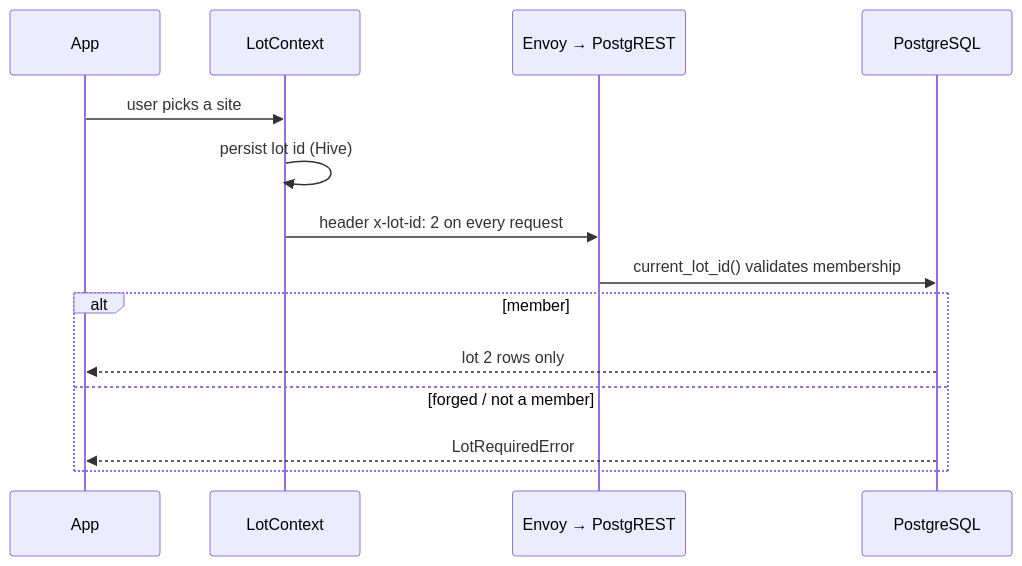
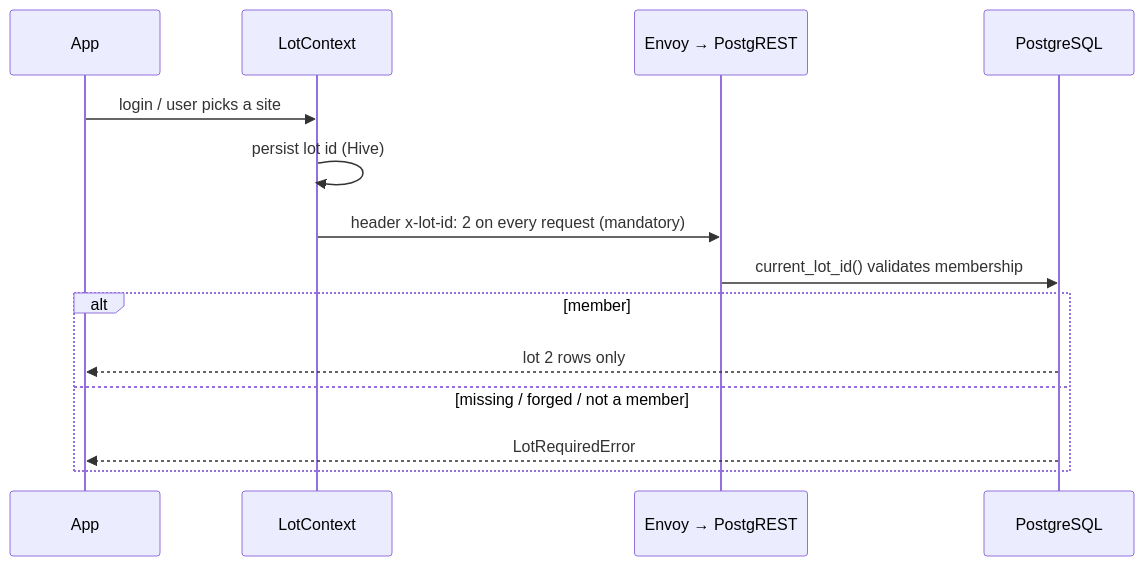
One commit to paulmrg-461/parking_management changed the seventh of 7 diagrams in docs/architecture.md. Above: the diagram before and after it, drawn with Mermaid. The commit also changed other lines of this file and 18 other files, not shown here.

First line of the commit message:
feat(lots): make x-lot-id mandatory (multi-lot contract)

````diff
--- a/docs/architecture.md
+++ b/docs/architecture.md
@@ -225,17 +225,17 @@
 ```mermaid
 sequenceDiagram
   participant App
   participant L as LotContext
   participant GW as Envoy → PostgREST
   participant DB as PostgreSQL
 
-  App->>L: user picks a site
+  App->>L: login / user picks a site
   L->>L: persist lot id (Hive)
-  L->>GW: header x-lot-id: 2 on every request
+  L->>GW: header x-lot-id: 2 on every request (mandatory)
   GW->>DB: current_lot_id() validates membership
   alt member
     DB-->>App: lot 2 rows only
-  else forged / not a member
+  else missing / forged / not a member
     DB-->>App: LotRequiredError
   end
 ```
````
